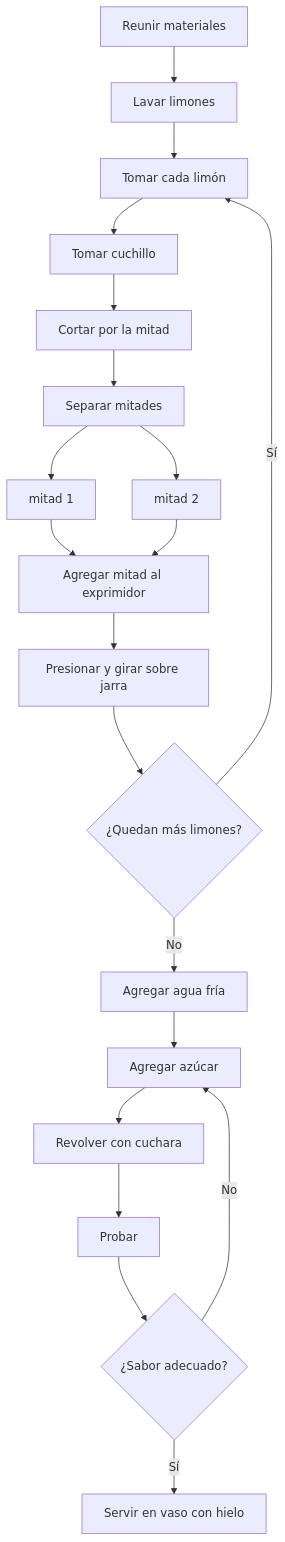
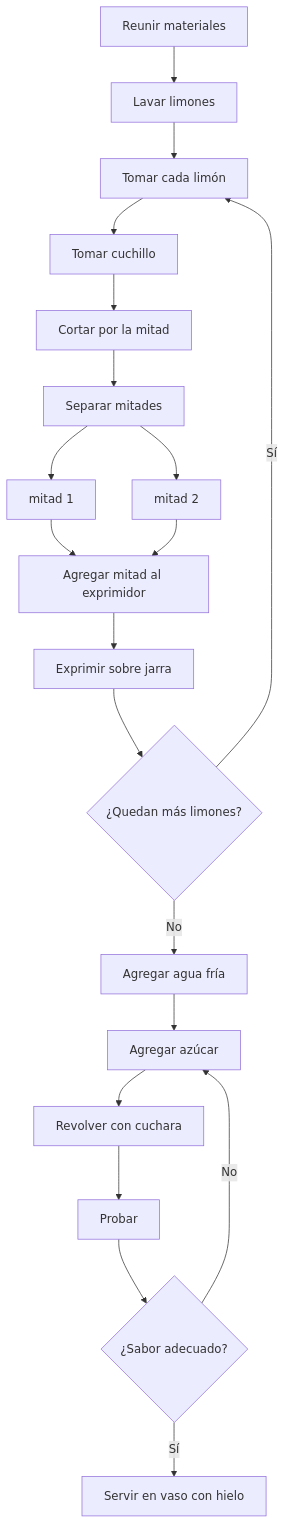
Before and after one commit to chrisdewa/curso_python: the second of 2 diagrams in docs_raw/unidad-1/generalidades/algoritmica.md, drawn with Mermaid. The commit also changed 7 other files, not shown here.

Commit message:
diagram fix

````diff
--- a/docs_raw/unidad-1/generalidades/algoritmica.md
+++ b/docs_raw/unidad-1/generalidades/algoritmica.md
@@ -48,23 +48,23 @@
 ```{mermaid}
 flowchart TD
   A[Reunir materiales] --> B[Lavar limones]
 
   B --> D1[Tomar cada limón]
 
   D1 --> D2[Tomar cuchillo]
   D2 --> D3[Cortar por la mitad]
   D3 --> D4[Separar mitades]
   D4 --> D41[mitad 1] & D42[mitad 2] --> D5[Agregar mitad al exprimidor]
-  D5 --> D6[Presionar y girar sobre jarra]
+  D5 --> D6[Exprimir sobre jarra]
   D6 --> D8{¿Quedan más limones?}
 
   D8 -- Sí --> D1
   D8 -- No --> F[Agregar agua fría]
   F --> G[Agregar azúcar]
   G --> H[Revolver con cuchara]
   H --> I[Probar]
   I --> J{¿Sabor adecuado?}
   J -- No --> G
   J -- Sí --> K[Servir en vaso con hielo]
 
 ```
````
